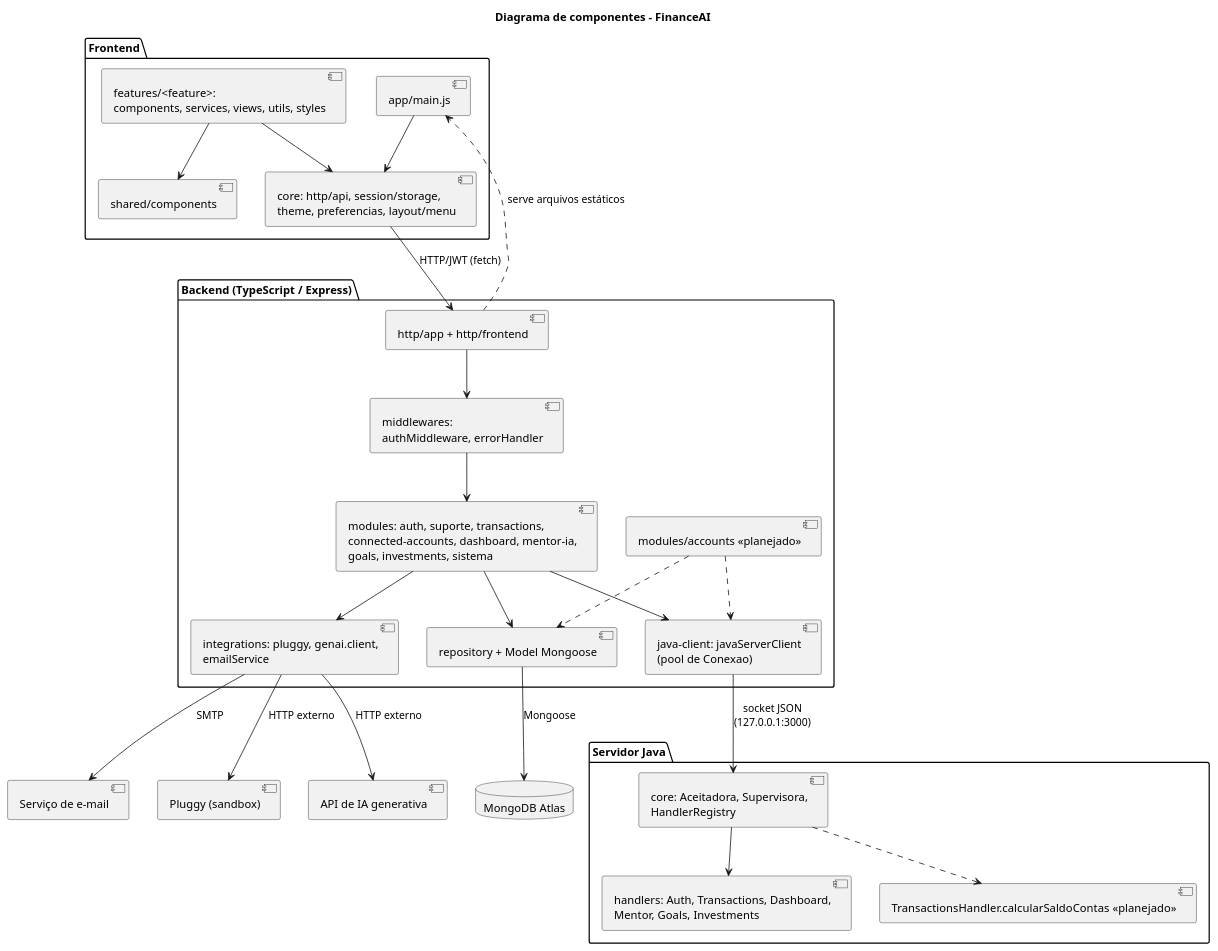
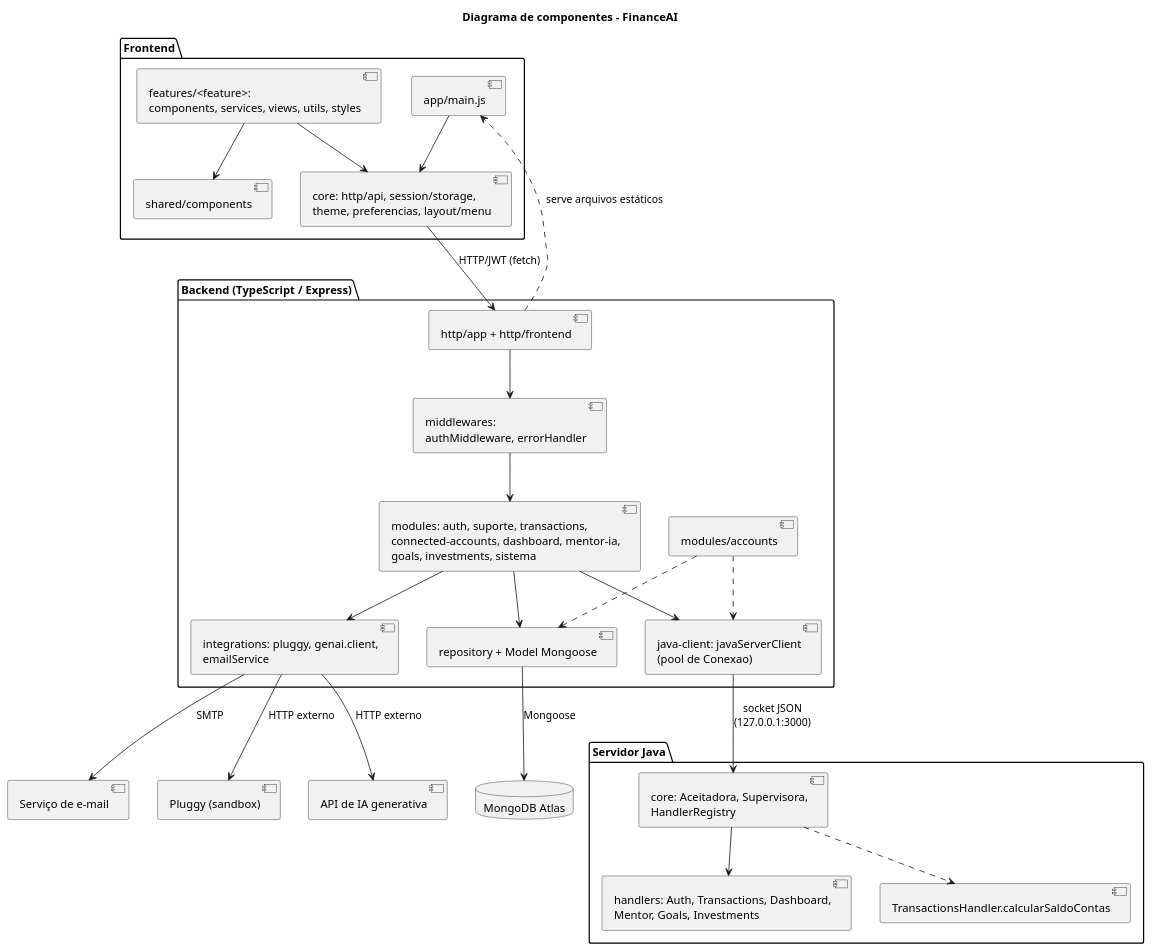
The fourth of 8 diagrams in docs/uml/01-arquitetura.md (MiguelFMont/ES-PI4-2026-T1-G18), drawn with PlantUML before and after one commit. The commit also changed other lines of this file and 27 other files, not shown here.

Commit message:
docs: UML só do Servidor (remove diagramas de classes do Backend e do Frontend e as marcas de planejado)

````diff
--- a/docs/uml/01-arquitetura.md
+++ b/docs/uml/01-arquitetura.md
@@ -138,54 +136,54 @@
 ```plantuml
 @startuml
 skinparam componentStyle uml2
 title Diagrama de componentes - FinanceAI
 
 package "Frontend" {
   [app/main.js] as FE_app
   [core: http/api, session/storage,\ntheme, preferencias, layout/menu] as FE_core
   [shared/components] as FE_shared
   [features/<feature>:\ncomponents, services, views, utils, styles] as FE_feat
 }
 
 package "Backend (TypeScript / Express)" {
   [http/app + http/frontend] as BE_http
   [middlewares:\nauthMiddleware, errorHandler] as BE_mw
   [modules: auth, suporte, transactions,\nconnected-accounts, dashboard, mentor-ia,\ngoals, investments, sistema] as BE_mod
-  [modules/accounts <<planejado>>] as BE_acc
+  [modules/accounts] as BE_acc
   [repository + Model Mongoose] as BE_repo
   [integrations: pluggy, genai.client,\nemailService] as BE_int
   [java-client: javaServerClient\n(pool de Conexao)] as BE_jc
 }
 
 package "Servidor Java" {
   [core: Aceitadora, Supervisora,\nHandlerRegistry] as SJ_core
   [handlers: Auth, Transactions, Dashboard,\nMentor, Goals, Investments] as SJ_h
-  [TransactionsHandler.calcularSaldoContas <<planejado>>] as SJ_pl
+  [TransactionsHandler.calcularSaldoContas] as SJ_pl
 }
 
 database "MongoDB Atlas" as DB
 [Pluggy (sandbox)] as PL
 [API de IA generativa] as IA
 [Serviço de e-mail] as SMTP
 
 FE_feat --> FE_core
 FE_feat --> FE_shared
 FE_app --> FE_core
 FE_core --> BE_http : HTTP/JWT (fetch)
 BE_http --> BE_mw
 BE_mw --> BE_mod
 BE_mod --> BE_repo
 BE_acc ..> BE_repo
 BE_repo --> DB : Mongoose
 BE_mod --> BE_int
 BE_mod --> BE_jc
 BE_acc ..> BE_jc
 BE_int --> PL : HTTP externo
 BE_int --> IA : HTTP externo
 BE_int --> SMTP : SMTP
 BE_jc --> SJ_core : socket JSON\n(127.0.0.1:3000)
 SJ_core --> SJ_h
 SJ_core ..> SJ_pl
 BE_http ..> FE_app : serve arquivos estáticos
 @enduml
 ```
````
